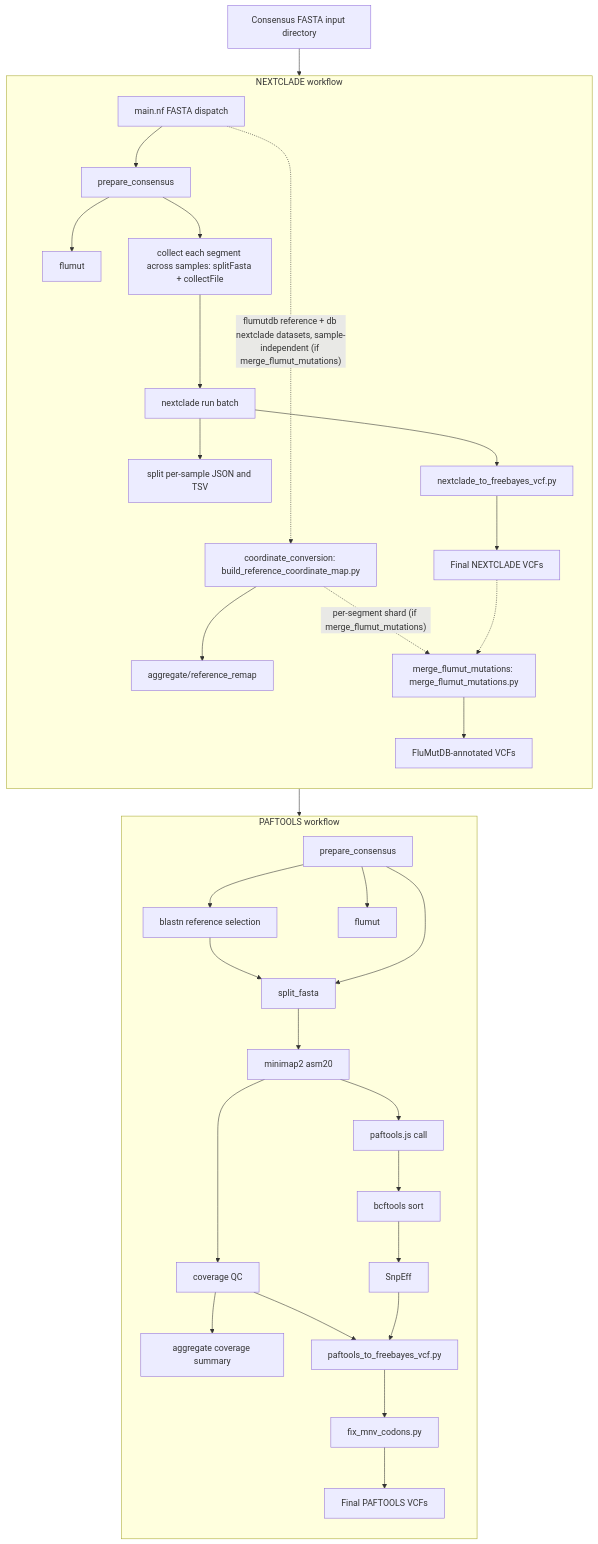
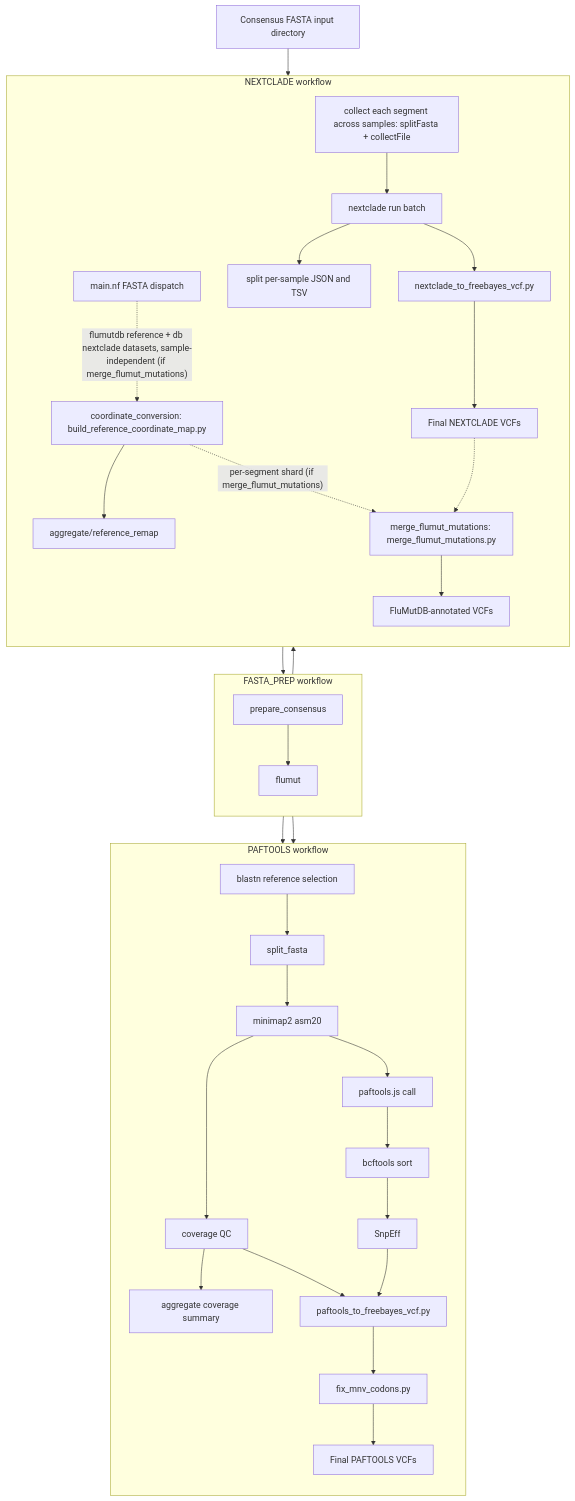
The diagram in README.md (BCCDC-PHL/fluscan-nf), drawn with Mermaid before and after one commit. The commit also changed other lines of this file and 6 other files, not shown here.

First line of the commit message:
Prepare consensus FASTAs once for both FASTA branches

````diff
--- a/README.md
+++ b/README.md
@@ -44,68 +44,69 @@
 ```mermaid
 flowchart TD
     input[Consensus FASTA input directory]
     dispatch[main.nf FASTA dispatch]
 
     input --> dispatch
-    dispatch --> paftools_prepare
-    dispatch --> nextclade_prepare
+    dispatch --> prepare
+
+    subgraph FASTA_PREP[FASTA_PREP workflow]
+        direction TB
+        prepare[prepare_consensus]
+        prep_flumut[flumut]
+
+        prepare --> prep_flumut
+    end
 
     subgraph PAFTOOLS[PAFTOOLS workflow]
         direction TB
-        paftools_prepare[prepare_consensus]
-        paftools_flumut[flumut]
         blastn[blastn reference selection]
         split_ref[split_fasta]
         minimap[minimap2 asm20]
         covqc[coverage QC]
         covagg[aggregate coverage summary]
         paftools_call[paftools.js call]
         sortvcf[bcftools sort]
         snpeff[SnpEff]
         paf2fb[paftools_to_freebayes_vcf.py]
         fixmnv_paf[fix_mnv_codons.py]
         paf_final[Final PAFTOOLS VCFs]
 
-        paftools_prepare --> blastn
-        paftools_prepare --> paftools_flumut
-        paftools_prepare --> split_ref
+        prepare --> blastn
+        prepare --> split_ref
         blastn --> split_ref
         split_ref --> minimap
         minimap --> covqc
         covqc --> covagg
         minimap --> paftools_call
         paftools_call --> sortvcf
         sortvcf --> snpeff
         snpeff --> paf2fb
         covqc --> paf2fb
         paf2fb --> fixmnv_paf
         fixmnv_paf --> paf_final
     end
 
     subgraph NEXTCLADE[NEXTCLADE workflow]
         direction TB
-        nextclade_prepare[prepare_consensus]
-        nextclade_flumut[flumut]
         groupseg[collect each segment across samples: splitFasta + collectFile]
         nc_run[nextclade run batch]
         split_results[split per-sample JSON and TSV]
         nc2vcf[nextclade_to_freebayes_vcf.py]
         nc_final[Final NEXTCLADE VCFs]
         coord_map[coordinate_conversion: build_reference_coordinate_map.py]
         coord_final[aggregate/reference_remap]
         flumut_merge[merge_flumut_mutations: merge_flumut_mutations.py]
         flumut_annotated[FluMutDB-annotated VCFs]
 
-        nextclade_prepare --> nextclade_flumut
-        nextclade_prepare --> groupseg
+        prepare --> groupseg
         groupseg --> nc_run
         nc_run --> split_results
         nc_run --> nc2vcf
         nc2vcf --> nc_final
         dispatch -.->|"flumutdb reference + db nextclade datasets, sample-independent (if merge_flumut_mutations)"| coord_map
         coord_map --> coord_final
         coord_map -.->|"per-segment shard (if merge_flumut_mutations)"| flumut_merge
         nc_final -.-> flumut_merge
         flumut_merge --> flumut_annotated
     end
 ```
````
